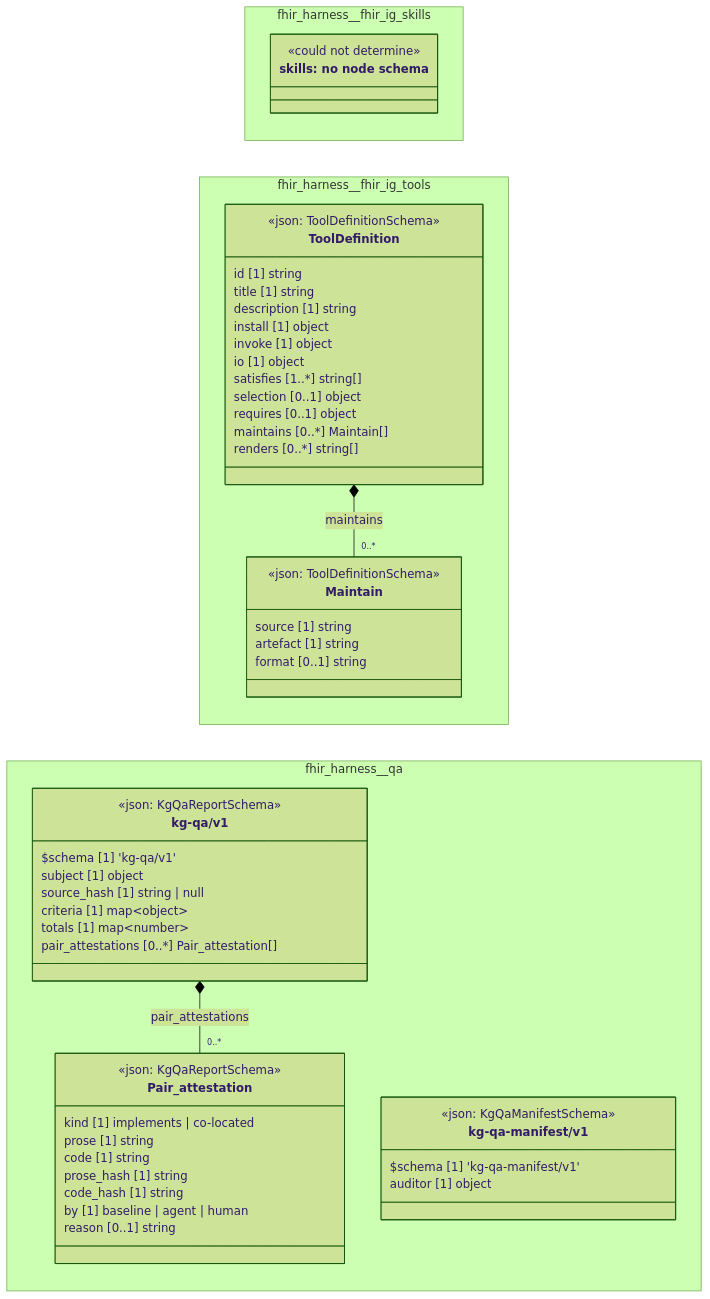
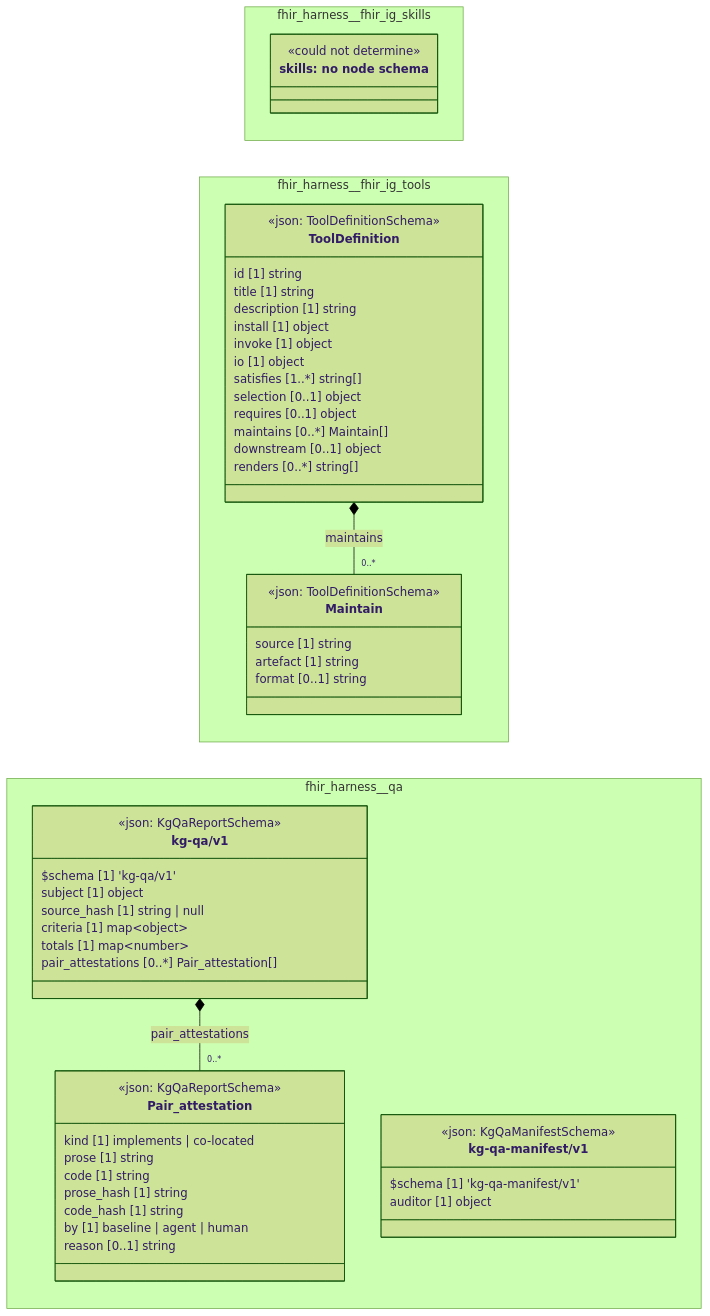
The diagram in cat-harness/docs/uml/overview/fhir-harness.md (litlfred/folio-assistant), drawn with Mermaid (forest theme) before and after one commit. The commit also changed 112 other files, not shown here.

````diff
--- a/cat-harness/docs/uml/overview/fhir-harness.md
+++ b/cat-harness/docs/uml/overview/fhir-harness.md
@@ -46,66 +46,67 @@
 ```mermaid
 classDiagram
   direction LR
   namespace fhir_harness__fhir_ig_skills {
     class n_fhir_harness_fhir_ig_skills_skills["skills: no node schema"] {
       <<could not determine>>
     }
   }
   namespace fhir_harness__fhir_ig_tools {
     class fhir_harness_fhir_ig_tools_Maintain["Maintain"] {
       <<json: ToolDefinitionSchema>>
       source [1] string
       artefact [1] string
       format [0..1] string
     }
     class fhir_harness_fhir_ig_tools_ToolDefinition["ToolDefinition"] {
       <<json: ToolDefinitionSchema>>
       id [1] string
       title [1] string
       description [1] string
       install [1] object
       invoke [1] object
       io [1] object
       satisfies [1..*] string[]
       selection [0..1] object
       requires [0..1] object
       maintains [0..*] Maintain[]
+      downstream [0..1] object
       renders [0..*] string[]
     }
   }
   namespace fhir_harness__qa {
     class fhir_harness_qa_kg_qa_v1_Pair_attestation["Pair_attestation"] {
       <<json: KgQaReportSchema>>
       kind [1] implements | co-located
       prose [1] string
       code [1] string
       prose_hash [1] string
       code_hash [1] string
       by [1] baseline | agent | human
       reason [0..1] string
     }
     class fhir_harness_qa_kg_qa_v1_kg_qa_v1["kg-qa/v1"] {
       <<json: KgQaReportSchema>>
       $schema [1] 'kg-qa/v1'
       subject [1] object
       source_hash [1] string | null
       criteria [1] map~object~
       totals [1] map~number~
       pair_attestations [0..*] Pair_attestation[]
     }
     class fhir_harness_qa_kg_qa_manifest_v1_kg_qa_manifest_v1["kg-qa-manifest/v1"] {
       <<json: KgQaManifestSchema>>
       $schema [1] 'kg-qa-manifest/v1'
       auditor [1] object
     }
   }
   cssClass "n_fhir_harness_fhir_ig_skills_skills" fa_uml_kind_skills
   cssClass "n_fhir_harness_fhir_ig_skills_skills" fa_uml_undetermined
   fhir_harness_fhir_ig_tools_ToolDefinition *-- "0..*" fhir_harness_fhir_ig_tools_Maintain : maintains
   cssClass "fhir_harness_fhir_ig_tools_Maintain" fa_uml_kind_tools
   cssClass "fhir_harness_fhir_ig_tools_ToolDefinition" fa_uml_kind_tools
   fhir_harness_qa_kg_qa_v1_kg_qa_v1 *-- "0..*" fhir_harness_qa_kg_qa_v1_Pair_attestation : pair_attestations
   cssClass "fhir_harness_qa_kg_qa_v1_Pair_attestation" fa_uml_kind_qa
   cssClass "fhir_harness_qa_kg_qa_v1_kg_qa_v1" fa_uml_kind_qa
   cssClass "fhir_harness_qa_kg_qa_manifest_v1_kg_qa_manifest_v1" fa_uml_kind_qa
 ```
````
